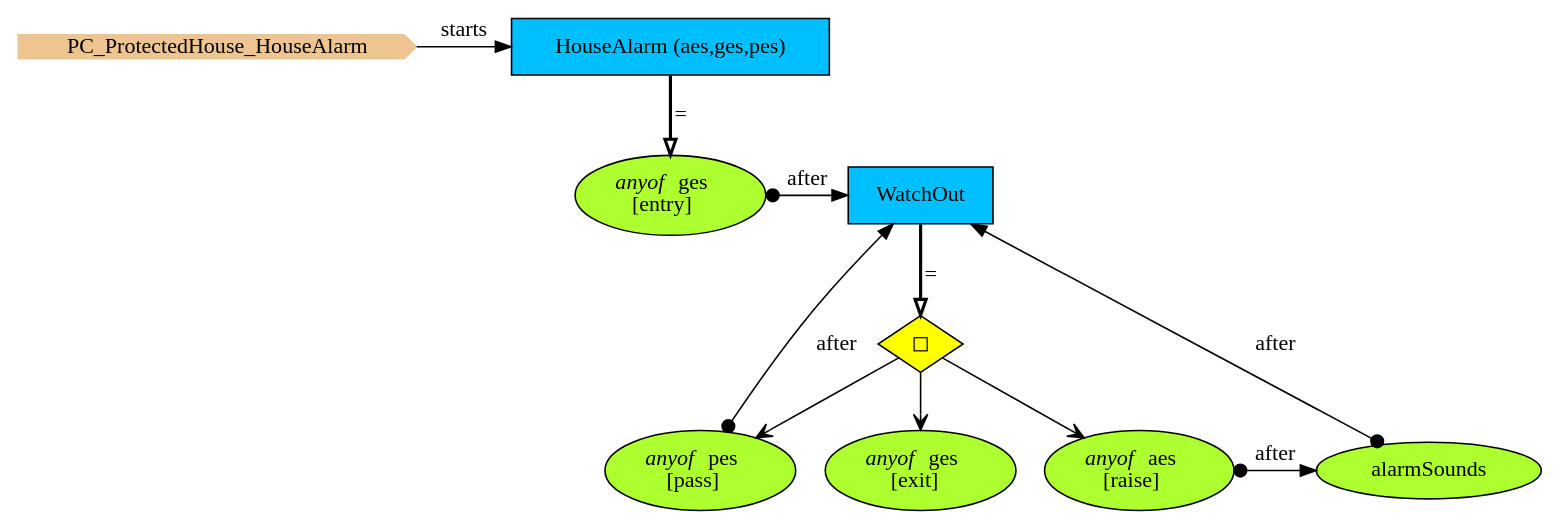
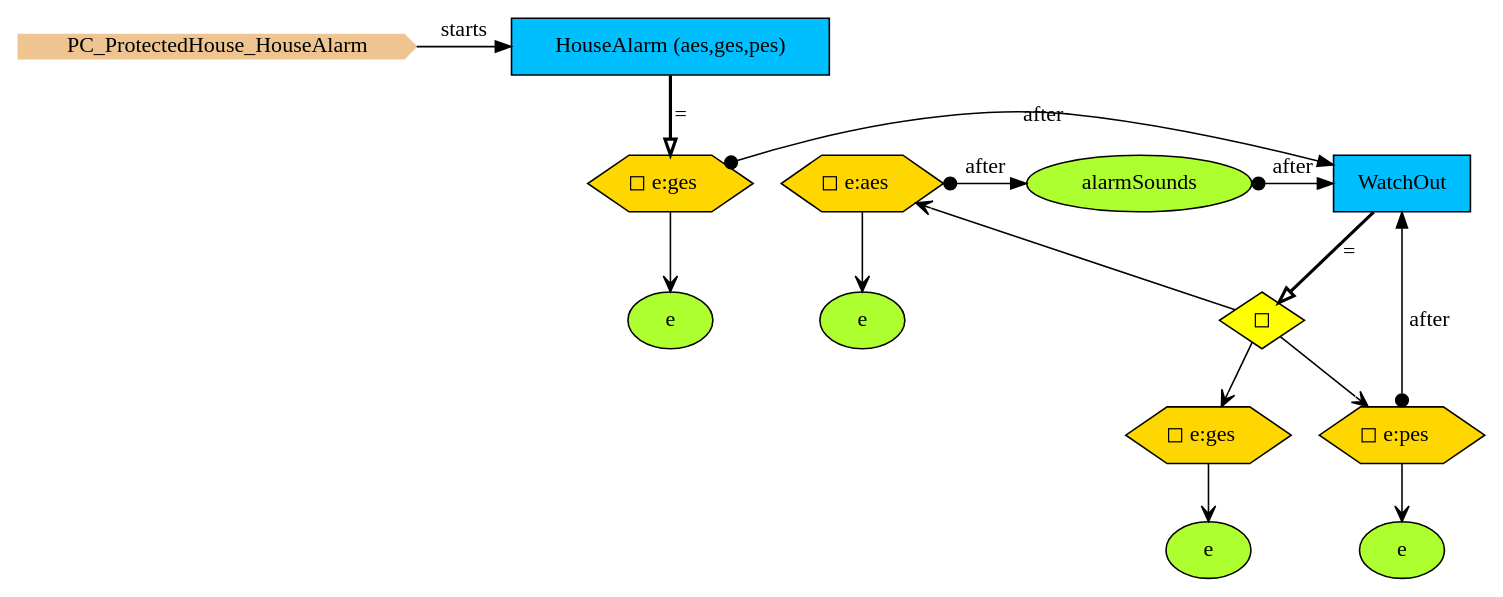
One commit to namalio/Fragmenta changed the diagram in Haskell/PCs/Examples/img/PC_ProtectedHouse_HouseAlarm.gv. Above: the diagram before and after it, drawn with Graphviz. The commit also changed 100 other files, not shown here.

```diff
--- a/Haskell/PCs/Examples/img/PC_ProtectedHouse_HouseAlarm.gv
+++ b/Haskell/PCs/Examples/img/PC_ProtectedHouse_HouseAlarm.gv
@@ -1,26 +1,37 @@
 digraph {
+
 StartN_ [shape = cds,color=burlywood2,style=filled,height=.2,width=.2, label =PC_ProtectedHouse_HouseAlarm];
-entry [shape=ellipse,fillcolor=greenyellow,style = filled,label=<<I>anyof</I> ges<br/>[entry]>];
-WatchOut [shape=box,fillcolor=deepskyblue,style = filled,label="WatchOut "];
-pass [shape=ellipse,fillcolor=greenyellow,style = filled,label=<<I>anyof</I> pes<br/>[pass]>];
-alarmSounds [shape=ellipse,fillcolor=greenyellow,style = filled,label="alarmSounds"];
-exit [shape=ellipse,fillcolor=greenyellow,style = filled,label=<<I>anyof</I> ges<br/>[exit]>];
-raise [shape=ellipse,fillcolor=greenyellow,style = filled,label=<<I>anyof</I> aes<br/>[raise]>];
-OpWatchOut [shape=diamond,fillcolor=yellow,style = filled,label="◻︎"];
+
 HouseAlarm [shape=box,fillcolor=deepskyblue,style = filled,label="HouseAlarm (aes,ges,pes)"];
+entry [shape=ellipse,fillcolor=greenyellow,style=filled,label="e"];
+WatchOut [shape=box,fillcolor=deepskyblue,style = filled,label="WatchOut"];
+pass [shape=ellipse,fillcolor=greenyellow,style=filled,label="e"];
+exit [shape=ellipse,fillcolor=greenyellow,style=filled,label="e"];
+raise [shape=ellipse,fillcolor=greenyellow,style=filled,label="e"];
+alarmSounds [shape=ellipse,fillcolor=greenyellow,style=filled,label="alarmSounds"];
+raiseQ [shape=hexagon,fillcolor=gold1,style=filled,label=<◻︎ e:aes>];
+exitQ [shape=hexagon,fillcolor=gold1,style=filled,label=<◻︎ e:ges>];
+passQ [shape=hexagon,fillcolor=gold1,style=filled,label=<◻︎ e:pes>];
+OpWatchOut [shape=diamond,fillcolor=yellow,style=filled,label="◻︎"];
+entryQ [shape=hexagon,fillcolor=gold1,style=filled,label=<◻︎ e:ges>];
 
-{rank=same;alarmSounds,raise}
-{rank=same;WatchOut,entry}
+{rank=same;WatchOut,entryQ}
+{rank=same;WatchOut,alarmSounds}
+{rank=same;WatchOut,alarmSounds,raiseQ}
 {rank=same;HouseAlarm,StartN_}
 
-pass->WatchOut[arrowtail=dot,dir=both,label="after"];
-raise->alarmSounds[arrowtail=dot,dir=both,label="after"];
-OpWatchOut->pass[arrowhead="open"];
+entryQ->WatchOut[arrowtail=dot,dir=both,label="after"];
+alarmSounds->WatchOut[arrowtail=dot,dir=both,label="after"];
+OpWatchOut->exitQ[arrowhead="open"];
+OpWatchOut->raiseQ[arrowhead="open"];
+exitQ->exit[arrowhead="open"];
+entryQ->entry[arrowhead="open"];
+passQ->pass[arrowhead="open"];
+raiseQ->raise[arrowhead="open"];
+OpWatchOut->passQ[arrowhead="open"];
+raiseQ->alarmSounds[arrowtail=dot,dir=both,label="after"];
+passQ->WatchOut[arrowtail=dot,dir=both,label="after"];
+HouseAlarm->entryQ[arrowhead="onormal",penwidth=2,label="="];
 WatchOut->OpWatchOut[arrowhead="onormal",penwidth=2,label="="];
-HouseAlarm->entry[arrowhead="onormal",penwidth=2,label="="];
 StartN_->HouseAlarm[label="starts"];
-OpWatchOut->raise[arrowhead="open"];
-OpWatchOut->exit[arrowhead="open"];
-alarmSounds->WatchOut[arrowtail=dot,dir=both,label="after"];
-entry->WatchOut[arrowtail=dot,dir=both,label="after"];
 }
```
